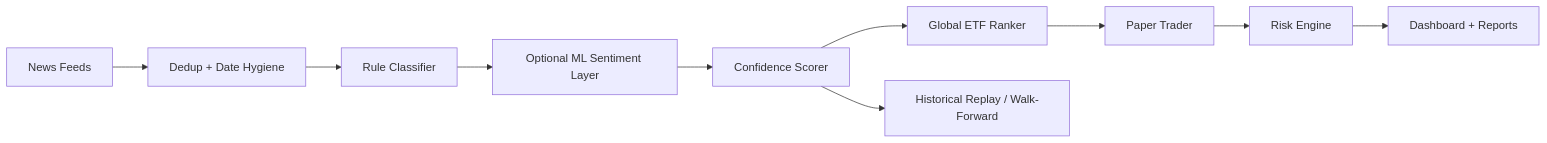
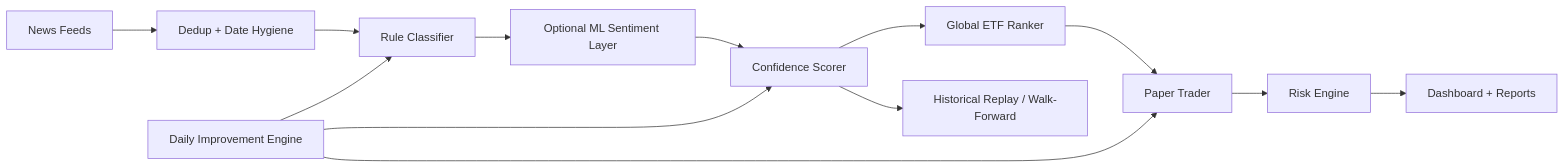
The diagram in README.md (gitdhirajsv/Azalyst-ETF-Intelligence), drawn with Mermaid before and after one commit. The commit also changed other lines of this file, not shown here.

````diff
--- a/README.md
+++ b/README.md
@@ -21,12 +22,15 @@
 ```mermaid
 flowchart LR
     A["News Feeds"] --> B["Dedup + Date Hygiene"]
     B --> C["Rule Classifier"]
     C --> D["Optional ML Sentiment Layer"]
     D --> E["Confidence Scorer"]
     E --> F["Global ETF Ranker"]
     F --> G["Paper Trader"]
     G --> H["Risk Engine"]
     H --> I["Dashboard + Reports"]
     E --> J["Historical Replay / Walk-Forward"]
+    K["Daily Improvement Engine"] --> C
+    K --> E
+    K --> G
 ```
````
